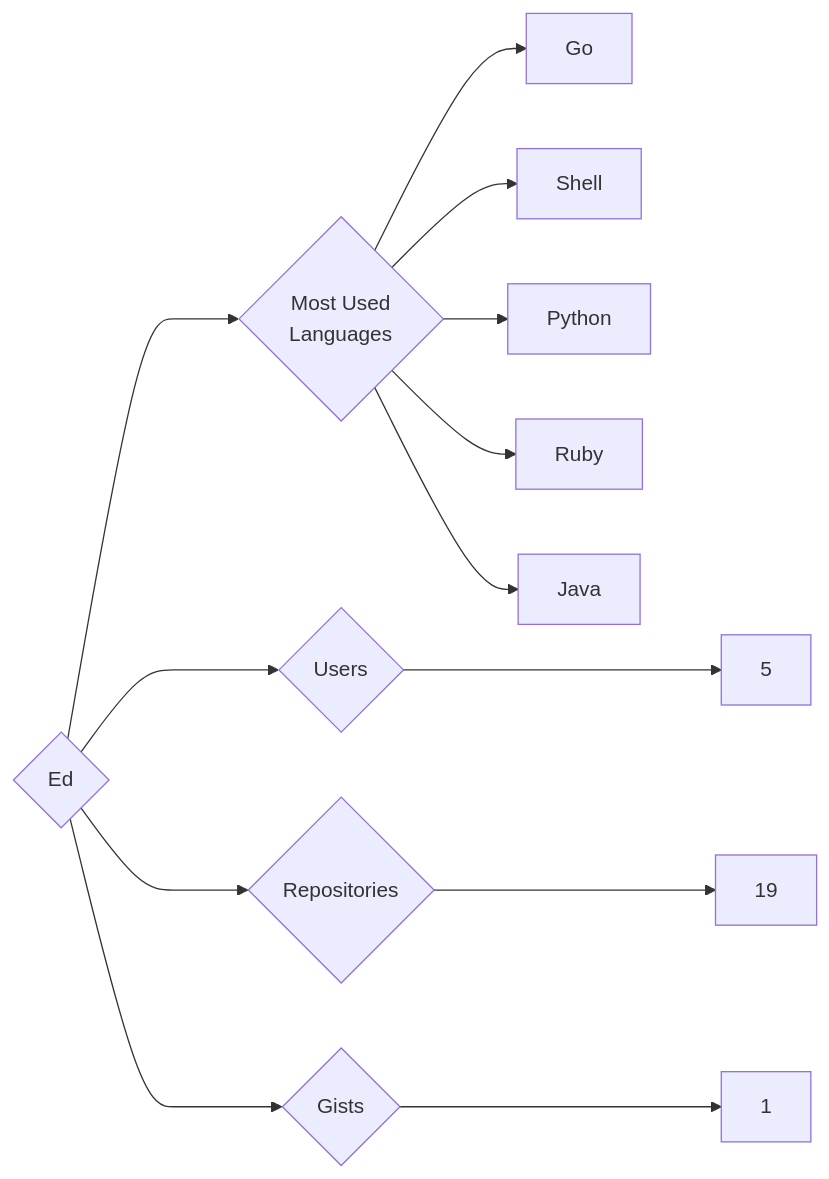
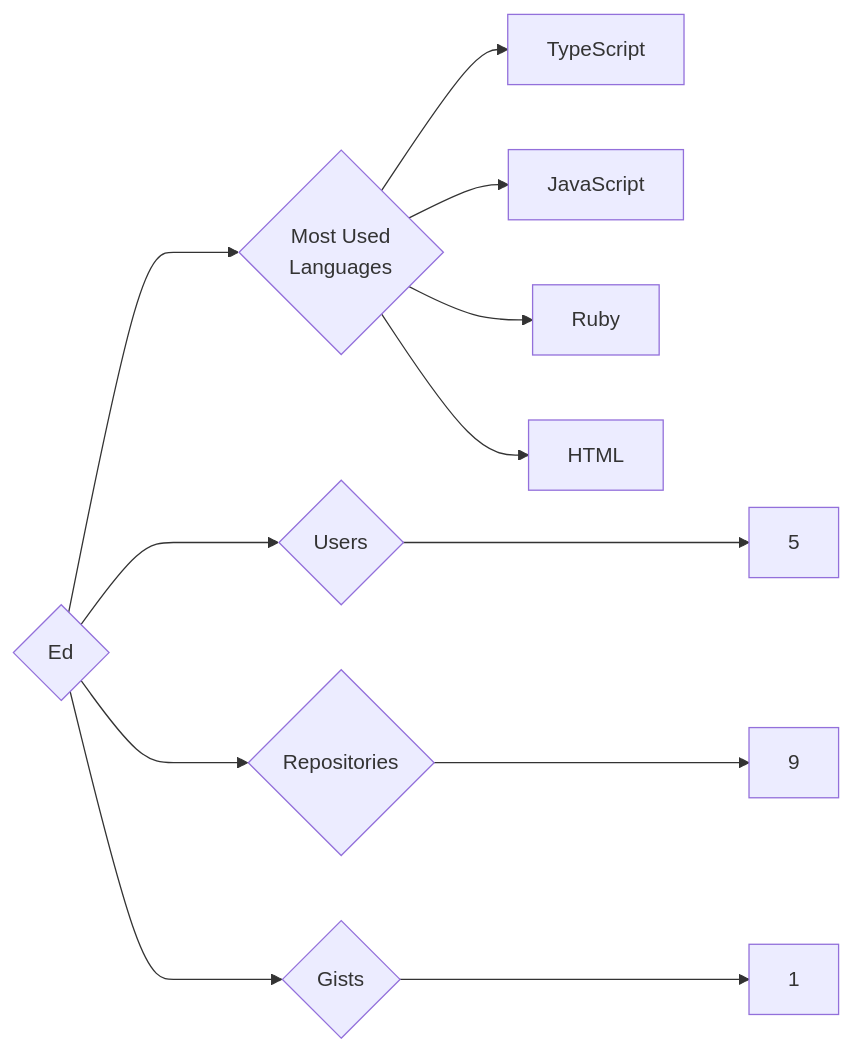
One commit to trickest/insiders changed the diagram in targets/Ed/README.md. Above: the diagram before and after it, drawn with Mermaid. The commit also changed 1036 other files, not shown here.

````diff
--- a/targets/Ed/README.md
+++ b/targets/Ed/README.md
@@ -3,13 +3,12 @@
 ```mermaid
 graph LR
 COMPANY_NAME{Ed}
 COMPANY_NAME ---> U{Users} ---> UN[5]
-COMPANY_NAME ---> R{Repositories} ---> RN[19]
+COMPANY_NAME ---> R{Repositories} ---> RN[9]
 COMPANY_NAME ---> G{Gists} ---> GN[1]
 COMPANY_NAME ---> ML{Most Used<br>Languages}
-ML --> Go[Go]
-ML --> Shell[Shell]
-ML --> Python[Python]
+ML --> TypeScript[TypeScript]
+ML --> JavaScript[JavaScript]
 ML --> Ruby[Ruby]
-ML --> Java[Java]
+ML --> HTML[HTML]
 ```
````
